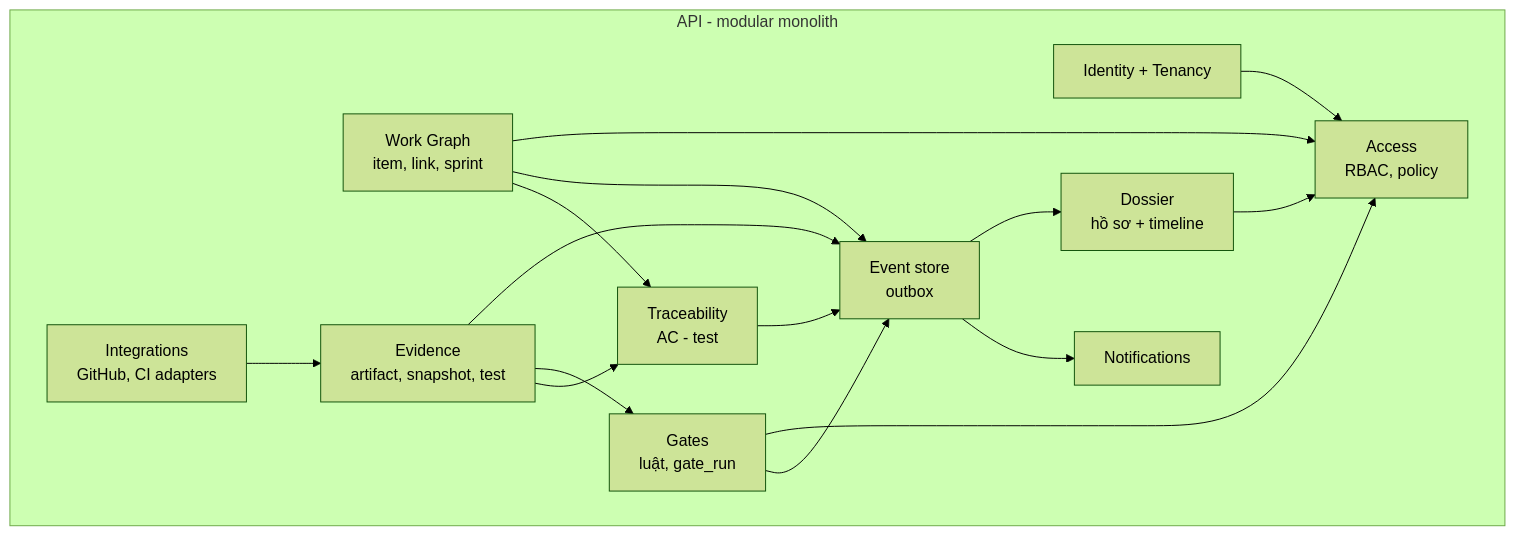
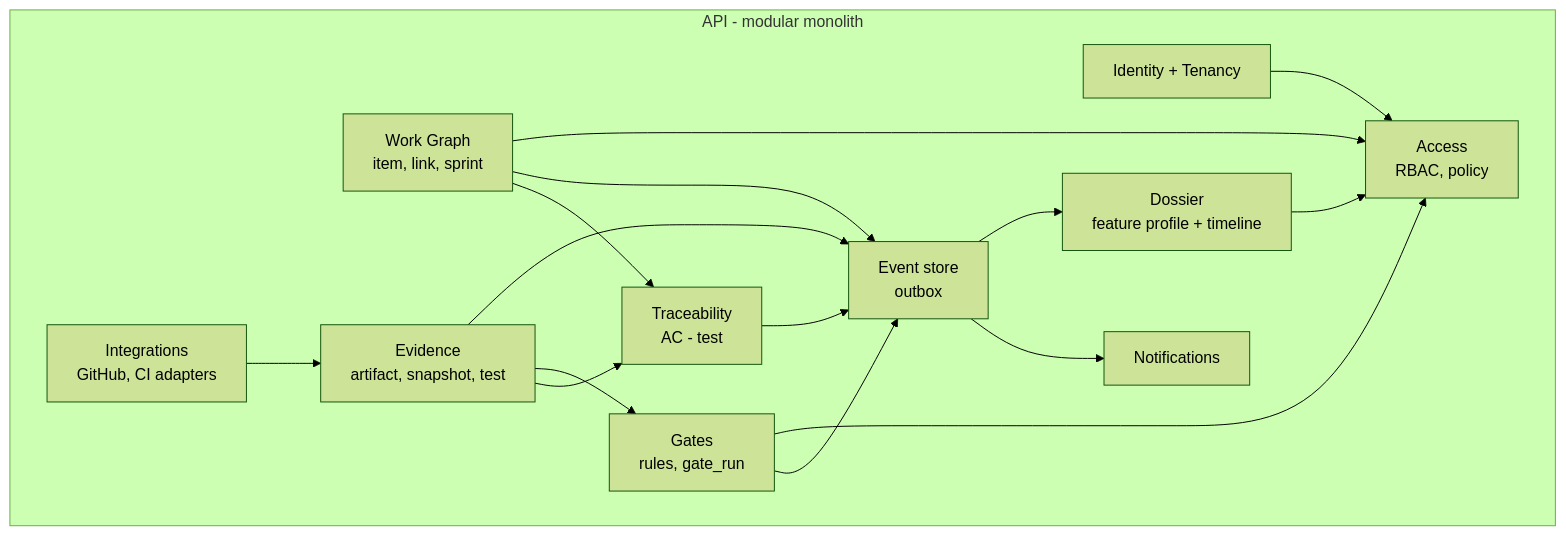
One commit to tungld9999blacksmith/Strata changed diagram 12 of 21 in README.md. Above: the diagram before and after it, drawn with Mermaid (forest theme). The commit also changed other lines of this file and 13 other files, not shown here.

````diff
--- a/README.md
+++ b/README.md
@@ -785,29 +785,29 @@
 ```mermaid
 flowchart TB
     subgraph API["API - modular monolith"]
         IDT["Identity + Tenancy"]
         ACC["Access<br/>RBAC, policy"]
         WG["Work Graph<br/>item, link, sprint"]
         INTG["Integrations<br/>GitHub, CI adapters"]
         EVD["Evidence<br/>artifact, snapshot, test"]
-        DOS["Dossier<br/>hồ sơ + timeline"]
-        GT["Gates<br/>luật, gate_run"]
+        DOS["Dossier<br/>feature profile + timeline"]
+        GT["Gates<br/>rules, gate_run"]
         TRC["Traceability<br/>AC - test"]
         NTF["Notifications"]
         EVT["Event store<br/>outbox"]
     end
     IDT --> ACC
     WG --> ACC
     DOS --> ACC
     GT --> ACC
     WG --> EVT
     INTG --> EVD
     EVD --> EVT
     GT --> EVT
     TRC --> EVT
     EVT --> DOS
     EVT --> NTF
     EVD --> GT
     EVD --> TRC
     WG --> TRC
 ```
````
